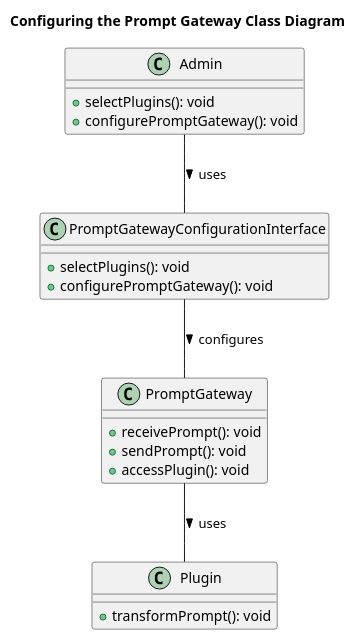
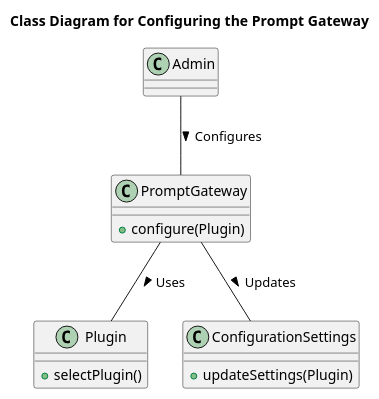
One commit to o2alexanderfedin/AI-demos changed diagram 16 of 21 in Design_Document_Prompt_Gateway_RESTful_API_LLM.md. Above: the diagram before and after it, drawn with PlantUML. The commit also changed other lines of this file, not shown here.

````diff
--- a/Design_Document_Prompt_Gateway_RESTful_API_LLM.md
+++ b/Design_Document_Prompt_Gateway_RESTful_API_LLM.md
@@ -523,29 +603,24 @@
 ```plantuml
 @startuml
-title Configuring the Prompt Gateway Class Diagram
+title Class Diagram for Configuring the Prompt Gateway
 
 class Admin {
-  +selectPlugins(): void
-  +configurePromptGateway(): void
 }
 
 class Plugin {
-  +transformPrompt(): void
+  +selectPlugin()
 }
 
 class PromptGateway {
-  +receivePrompt(): void
-  +sendPrompt(): void
-  +accessPlugin(): void
+  +configure(Plugin)
 }
 
-class PromptGatewayConfigurationInterface {
-  +selectPlugins(): void
-  +configurePromptGateway(): void
+class ConfigurationSettings {
+  +updateSettings(Plugin)
 }
 
-Admin -- PromptGatewayConfigurationInterface : uses >
-PromptGatewayConfigurationInterface -- PromptGateway : configures >
-PromptGateway -- Plugin : uses >
+Admin -- PromptGateway : Configures >
+PromptGateway -- Plugin : Uses >
+PromptGateway -- ConfigurationSettings : Updates >
 @enduml
 ```
````
